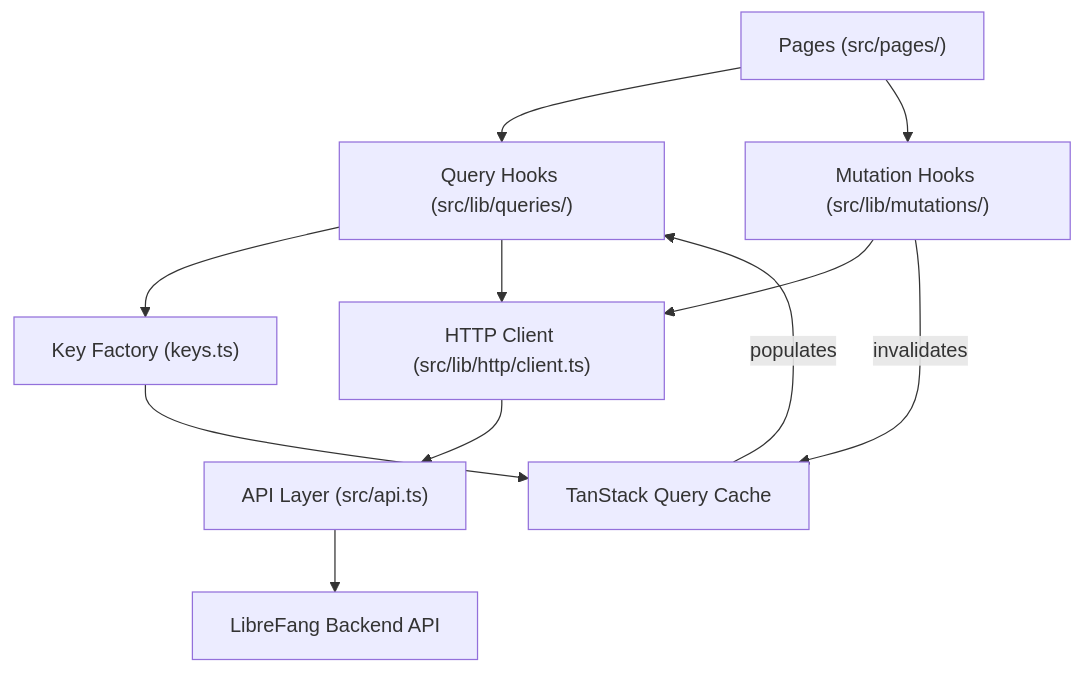
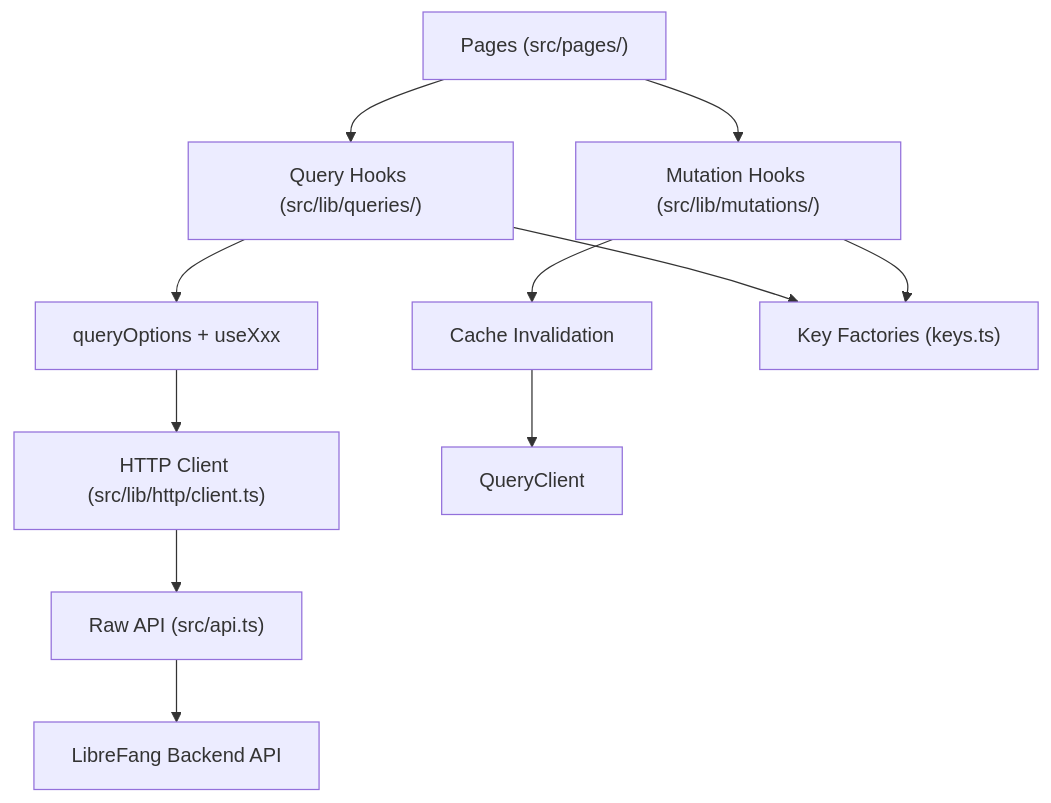
Before and after one commit to leszek3737/librefang-WIki: the diagram in other-librefang-api-dashboard.md, drawn with Mermaid. The commit also changed other lines of this file and 98 other files, not shown here.

````diff
--- a/other-librefang-api-dashboard.md
+++ b/other-librefang-api-dashboard.md
@@ -13,13 +9,13 @@
 ```mermaid
 graph TD
-    Pages["Pages (src/pages/)"] --> QueryHooks["Query Hooks (src/lib/queries/)"]
-    Pages --> MutationHooks["Mutation Hooks (src/lib/mutations/)"]
-    QueryHooks --> KeyFactory["Key Factory (keys.ts)"]
-    QueryHooks --> HttpClient["HTTP Client (src/lib/http/client.ts)"]
-    MutationHooks --> HttpClient
-    HttpClient --> ApiLayer["API Layer (src/api.ts)"]
-    ApiLayer --> Backend["LibreFang Backend API"]
-    KeyFactory --> Cache["TanStack Query Cache"]
-    MutationHooks -->|"invalidates"| Cache
-    Cache -->|"populates"| QueryHooks
+    Pages["Pages (src/pages/)"] --> Queries["Query Hooks (src/lib/queries/)"]
+    Pages --> Mutations["Mutation Hooks (src/lib/mutations/)"]
+    Queries --> QueryOpts["queryOptions + useXxx"]
+    Mutations --> Invalidation["Cache Invalidation"]
+    Queries --> Keys["Key Factories (keys.ts)"]
+    Mutations --> Keys
+    QueryOpts --> Client["HTTP Client (src/lib/http/client.ts)"]
+    Invalidation --> QC["QueryClient"]
+    Client --> API["Raw API (src/api.ts)"]
+    API --> Backend["LibreFang Backend API"]
 ```
````
